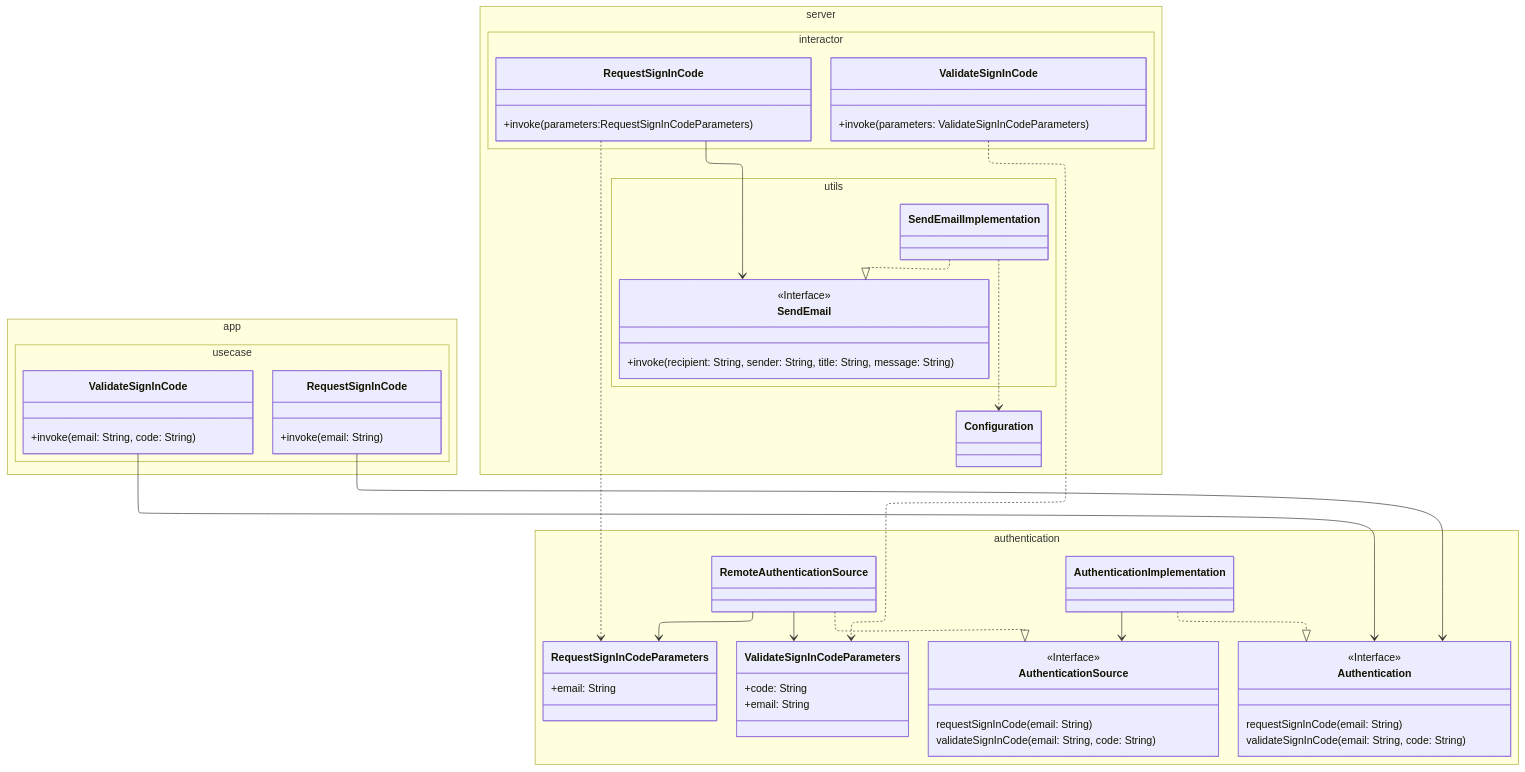
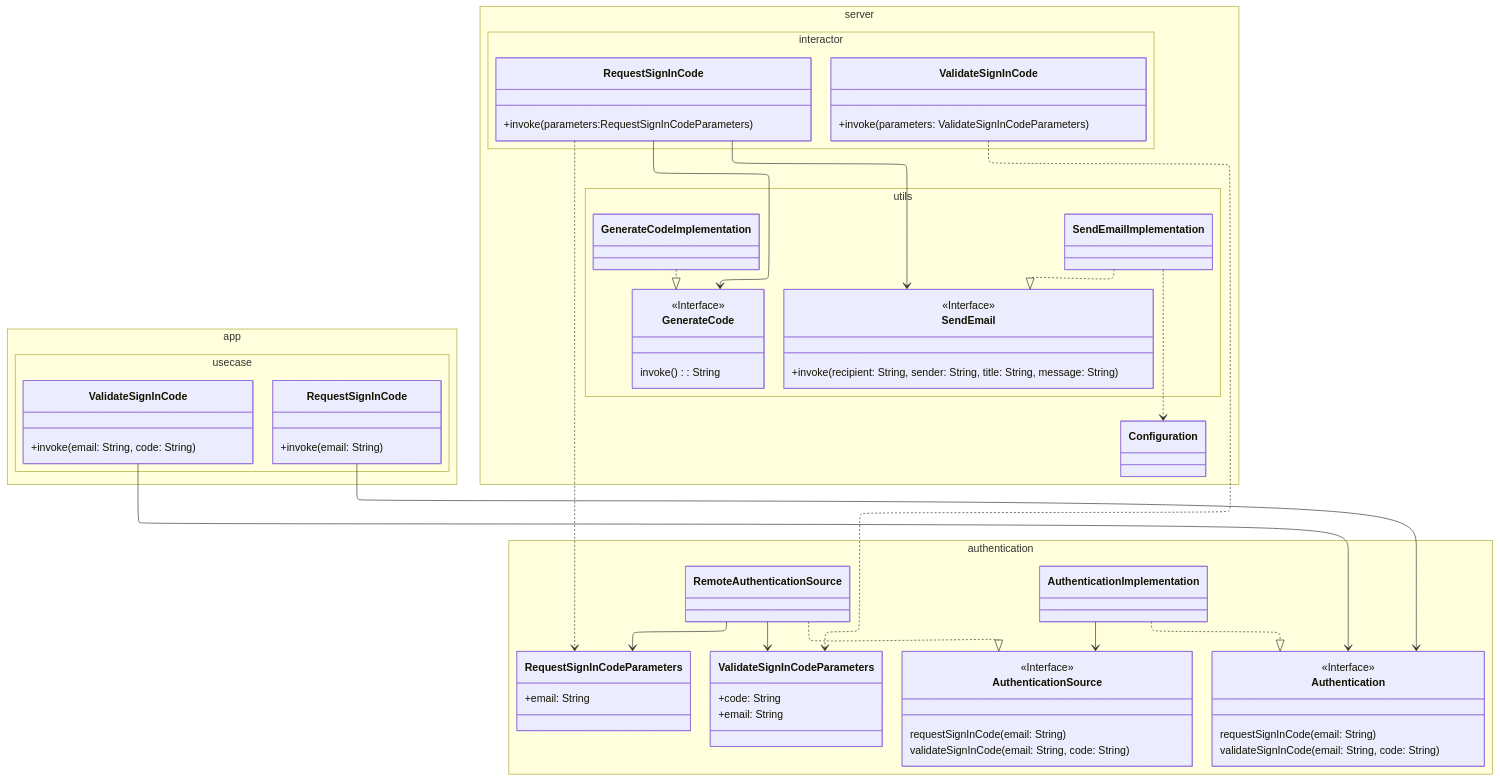
One commit to tangodachi/yava changed the diagram in documentation.md. Above: the diagram before and after it, drawn with Mermaid. The commit also changed 2 other files, not shown here.

Commit message:
add GenerateCode

````diff
--- a/documentation.md
+++ b/documentation.md
@@ -65,11 +65,19 @@
 	        +invoke(recipient: String, sender: String, title: String, message: String)
         }
 
+        class GenerateCode {
+	        invoke() : String
+        }
+
+        class GenerateCodeImplementation {
+        }
+
 	}
 
 	<<Interface>> Authentication
 	<<Interface>> AuthenticationSource
 	<<Interface>> SendEmail
+	<<Interface>> GenerateCode
 
     RequestSignInCode --> Authentication
     ValidateSignInCode --> Authentication
@@ -83,4 +91,6 @@
     RequestSignInCode_3 --> SendEmail
     SendEmailImplementation ..|> SendEmail
     SendEmailImplementation ..> Configuration
+    RequestSignInCode_3 --> GenerateCode
+    GenerateCodeImplementation ..|> GenerateCode
 ```
````
